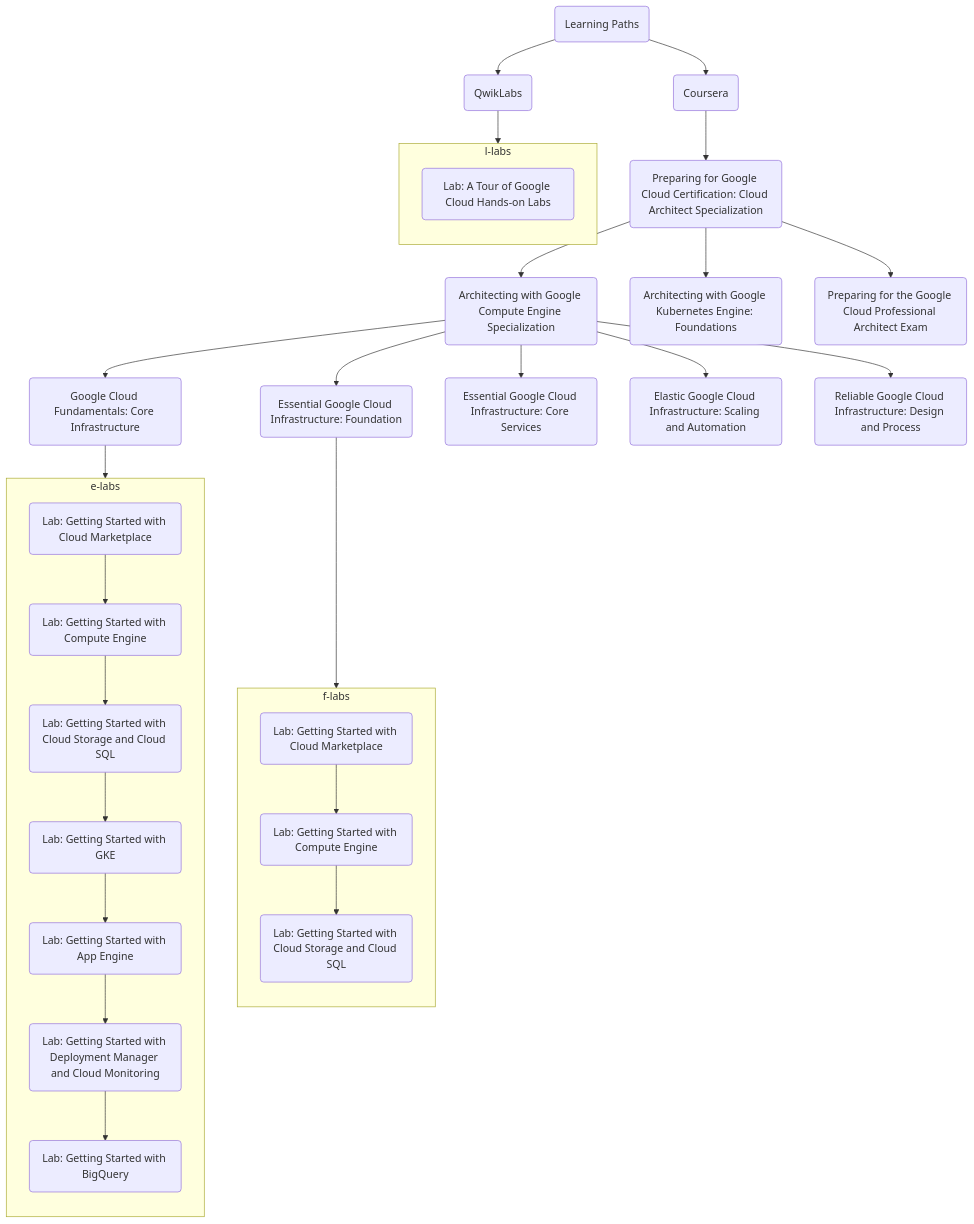
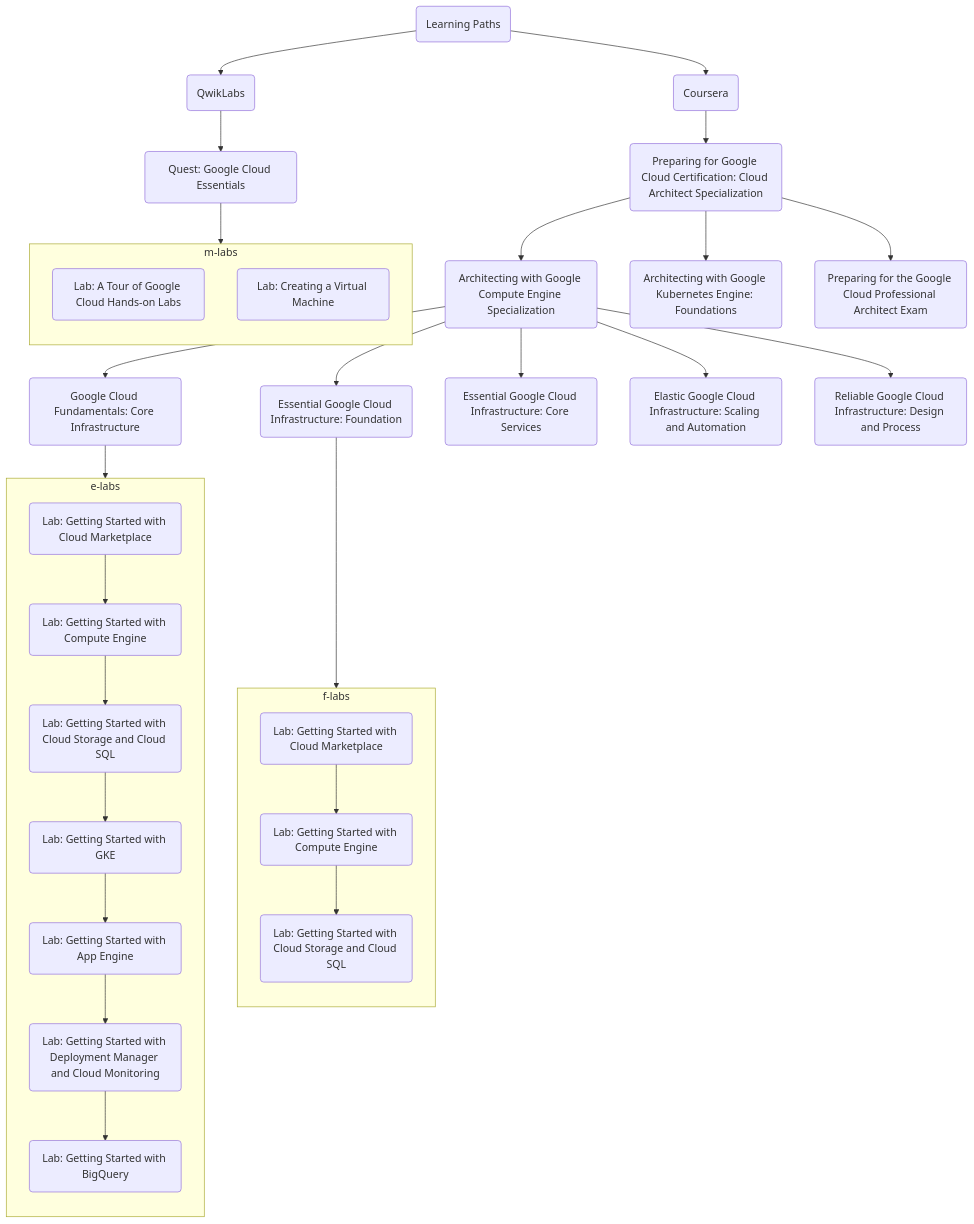
One commit to apnex/mermaid-api changed the diagram in examples/labs4.mmd. Above: the diagram before and after it, drawn with Mermaid.

```diff
--- a/examples/labs4.mmd
+++ b/examples/labs4.mmd
@@ -1,42 +1,44 @@
 flowchart TB
 	classDef anode fill:#00ff00,stroke:#333,stroke-width:4px,height:50px,width:600px;
 
 	A(Learning Paths) --> B(Coursera)
 	B --> C(Preparing for Google Cloud Certification: Cloud Architect Specialization)
 	C --> D(Architecting with Google Compute Engine Specialization)
 	D --> E(Google Cloud Fundamentals: Core Infrastructure)
 	D --> F(Essential Google Cloud Infrastructure: Foundation)
 	D --> G(Essential Google Cloud Infrastructure: Core Services)
 	D --> H(Elastic Google Cloud Infrastructure: Scaling and Automation)
 	D --> I(Reliable Google Cloud Infrastructure: Design and Process)
 	C --> J(Architecting with Google Kubernetes Engine: Foundations)
 	C --> K(Preparing for the Google Cloud Professional Architect Exam)
+	A --> L(QwikLabs)
 
 	subgraph f-labs
 	        direction TB
 		F1(Lab: Getting Started with Cloud Marketplace)
 		F2(Lab: Getting Started with Compute Engine)
 		F3(Lab: Getting Started with Cloud Storage and Cloud SQL)
 	        F1 --> F2 --> F3
 	end
 	F --> f-labs
 
 	subgraph e-labs
 	        direction TB
 		E1(Lab: Getting Started with Cloud Marketplace)
 		E2(Lab: Getting Started with Compute Engine)
 		E3(Lab: Getting Started with Cloud Storage and Cloud SQL)
 		E4(Lab: Getting Started with GKE)
 		E5(Lab: Getting Started with App Engine)
 		E6(Lab: Getting Started with Deployment Manager and Cloud Monitoring)
 		E7(Lab: Getting Started with BigQuery)
 	        E1 --> E2 --> E3 --> E4 --> E5 --> E6 --> E7
 	end
 	E --> e-labs
 
-	subgraph l-labs
+	subgraph m-labs
 	        direction TB
-		L1(Lab: A Tour of Google Cloud Hands-on Labs)
+		M1(Lab: A Tour of Google Cloud Hands-on Labs)
+		M2(Lab: Creating a Virtual Machine)
 	end
-	A --> L(QwikLabs)
-	L --> l-labs
+	L --> M(Quest: Google Cloud Essentials)
+	M --> m-labs
```
